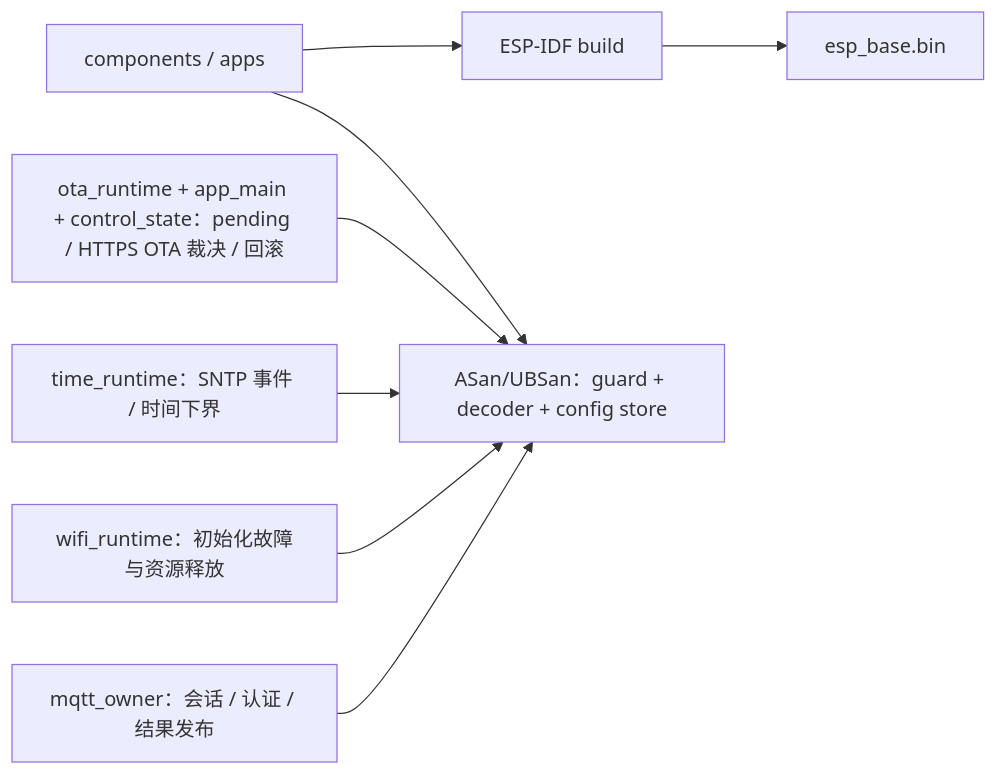
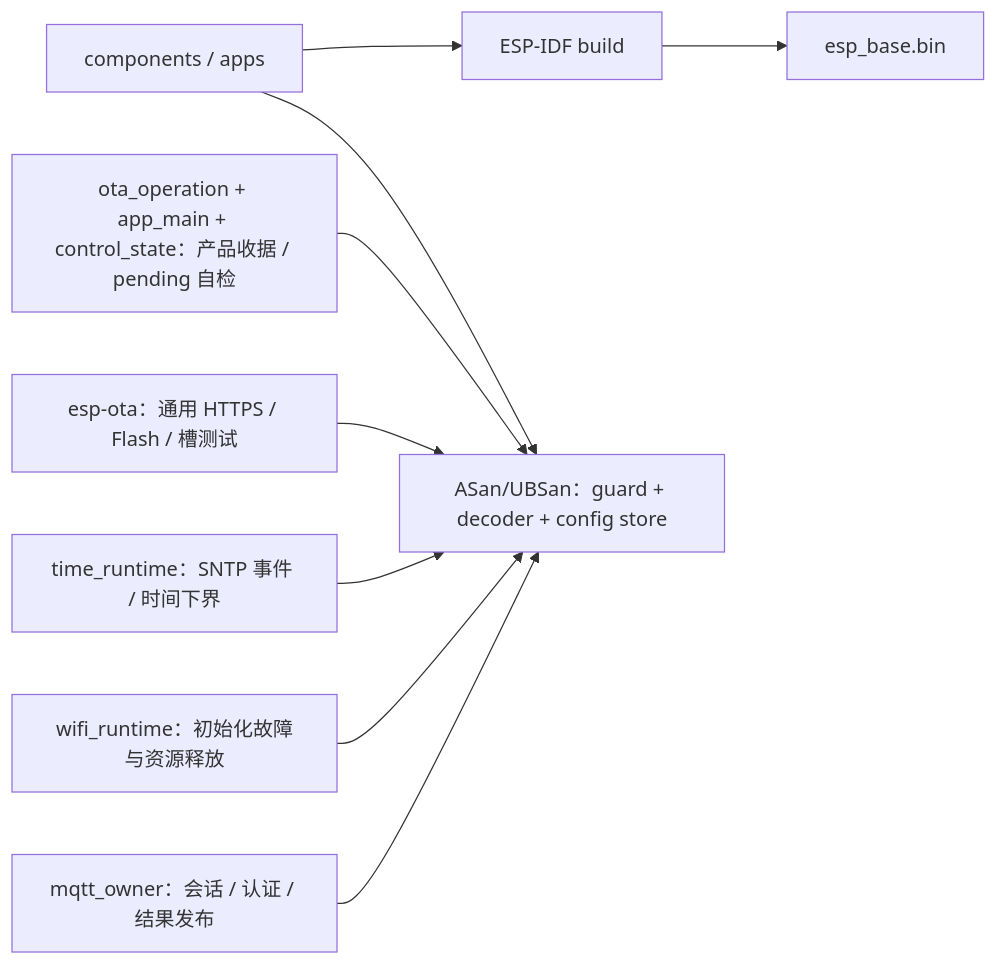
One commit to darren-you/esp-base changed the diagram in firmware/tests/README.md. Above: the diagram before and after it, drawn with Mermaid. The commit also changed other lines of this file and 34 other files, not shown here.

Commit message:
将 Base OTA 通用机制硬切到公开 esp-ota

````diff
--- a/firmware/tests/README.md
+++ b/firmware/tests/README.md
@@ -19,10 +19,11 @@
 ```mermaid
 flowchart LR
     sources["components / apps"] --> idf["ESP-IDF build"]
     sources --> host["ASan/UBSan：guard + decoder + config store"]
-    ota["ota_runtime + app_main + control_state：pending / HTTPS OTA 裁决 / 回滚"] --> host
+    ota["ota_operation + app_main + control_state：产品收据 / pending 自检"] --> host
+    library["esp-ota：通用 HTTPS / Flash / 槽测试"] --> host
     time["time_runtime：SNTP 事件 / 时间下界"] --> host
     wifi["wifi_runtime：初始化故障与资源释放"] --> host
     mqtt["mqtt_owner：会话 / 认证 / 结果发布"] --> host
     idf --> image["esp_base.bin"]
 ```
````
